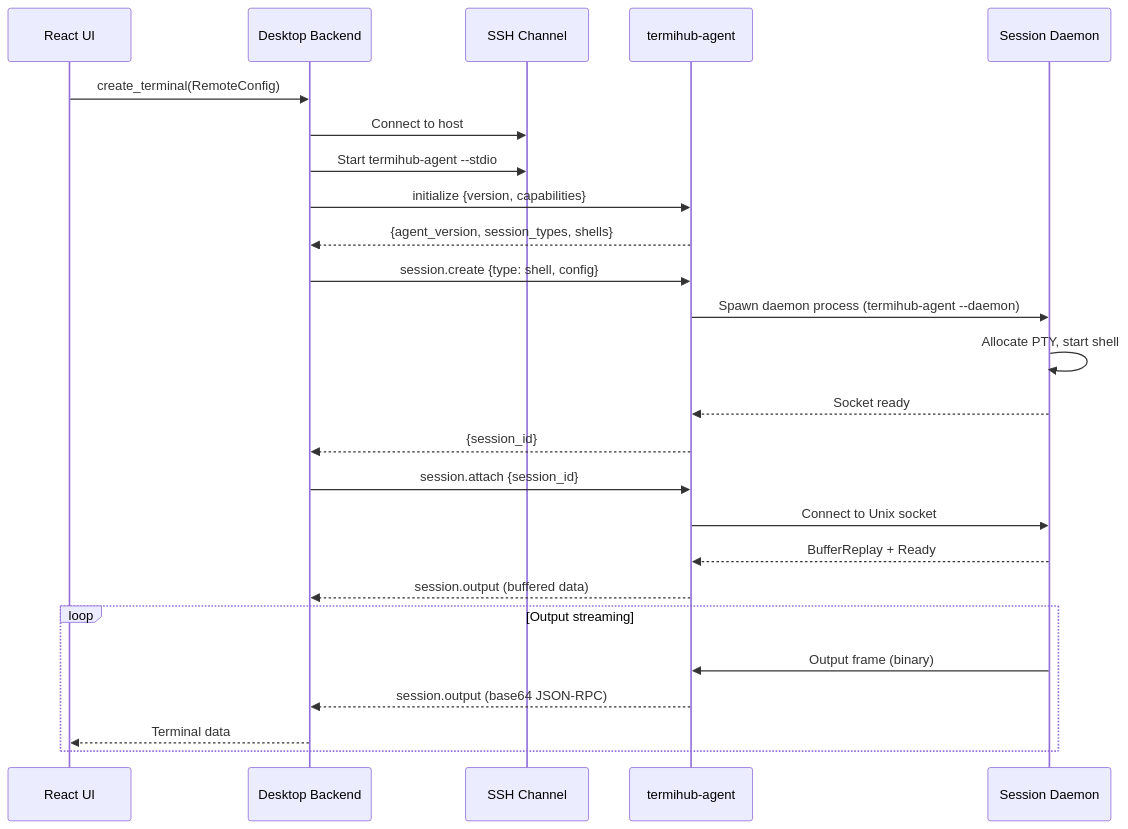
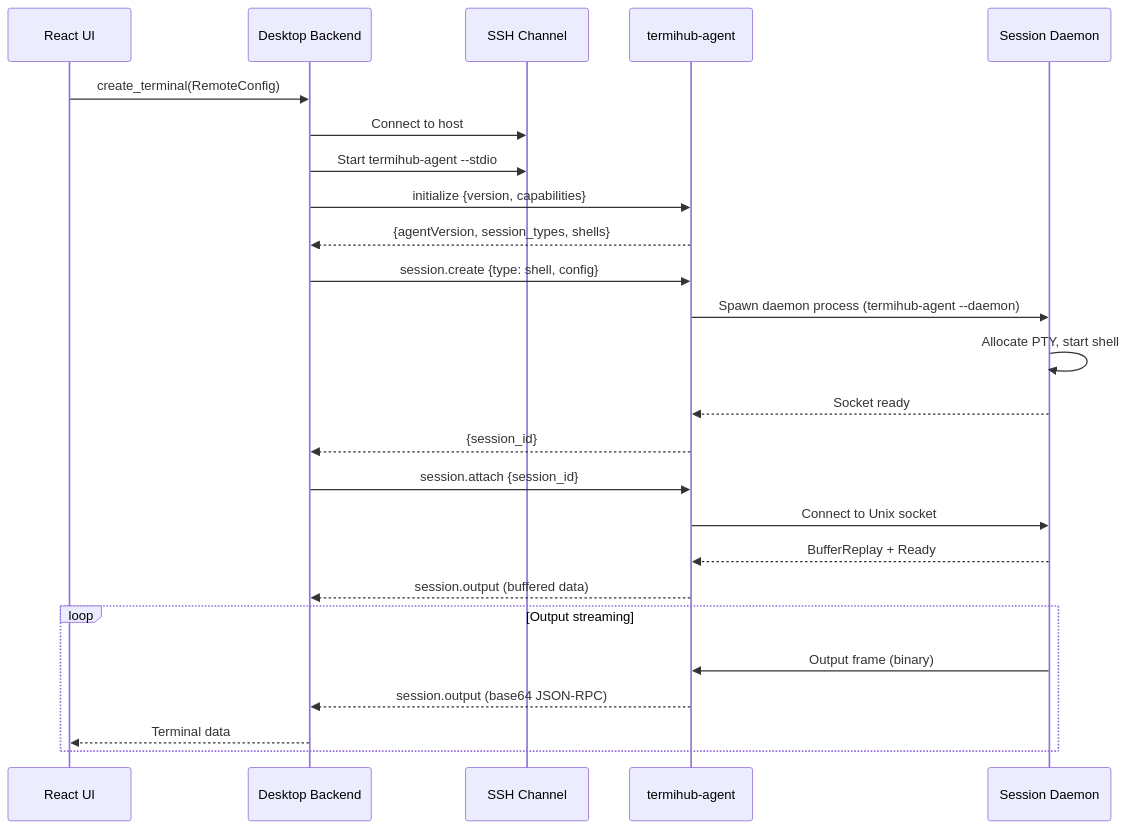
One commit to armaxri/termiHub changed diagram 16 of 36 in docs/architecture.md. Above: the diagram before and after it, drawn with Mermaid. The commit also changed 7 other files, not shown here.

````diff
--- a/docs/architecture.md
+++ b/docs/architecture.md
@@ -746,32 +746,32 @@
 ```mermaid
 sequenceDiagram
     participant UI as React UI
     participant Desktop as Desktop Backend
     participant SSH as SSH Channel
     participant Agent as termihub-agent
     participant SD as Session Daemon
 
     UI->>Desktop: create_terminal(RemoteConfig)
     Desktop->>SSH: Connect to host
     Desktop->>SSH: Start termihub-agent --stdio
 
     Desktop->>Agent: initialize {version, capabilities}
-    Agent-->>Desktop: {agent_version, session_types, shells}
+    Agent-->>Desktop: {agentVersion, session_types, shells}
 
     Desktop->>Agent: session.create {type: shell, config}
     Agent->>SD: Spawn daemon process (termihub-agent --daemon)
     SD->>SD: Allocate PTY, start shell
     SD-->>Agent: Socket ready
     Agent-->>Desktop: {session_id}
 
     Desktop->>Agent: session.attach {session_id}
     Agent->>SD: Connect to Unix socket
     SD-->>Agent: BufferReplay + Ready
     Agent-->>Desktop: session.output (buffered data)
 
     loop Output streaming
         SD->>Agent: Output frame (binary)
         Agent-->>Desktop: session.output (base64 JSON-RPC)
         Desktop-->>UI: Terminal data
     end
 ```
````
